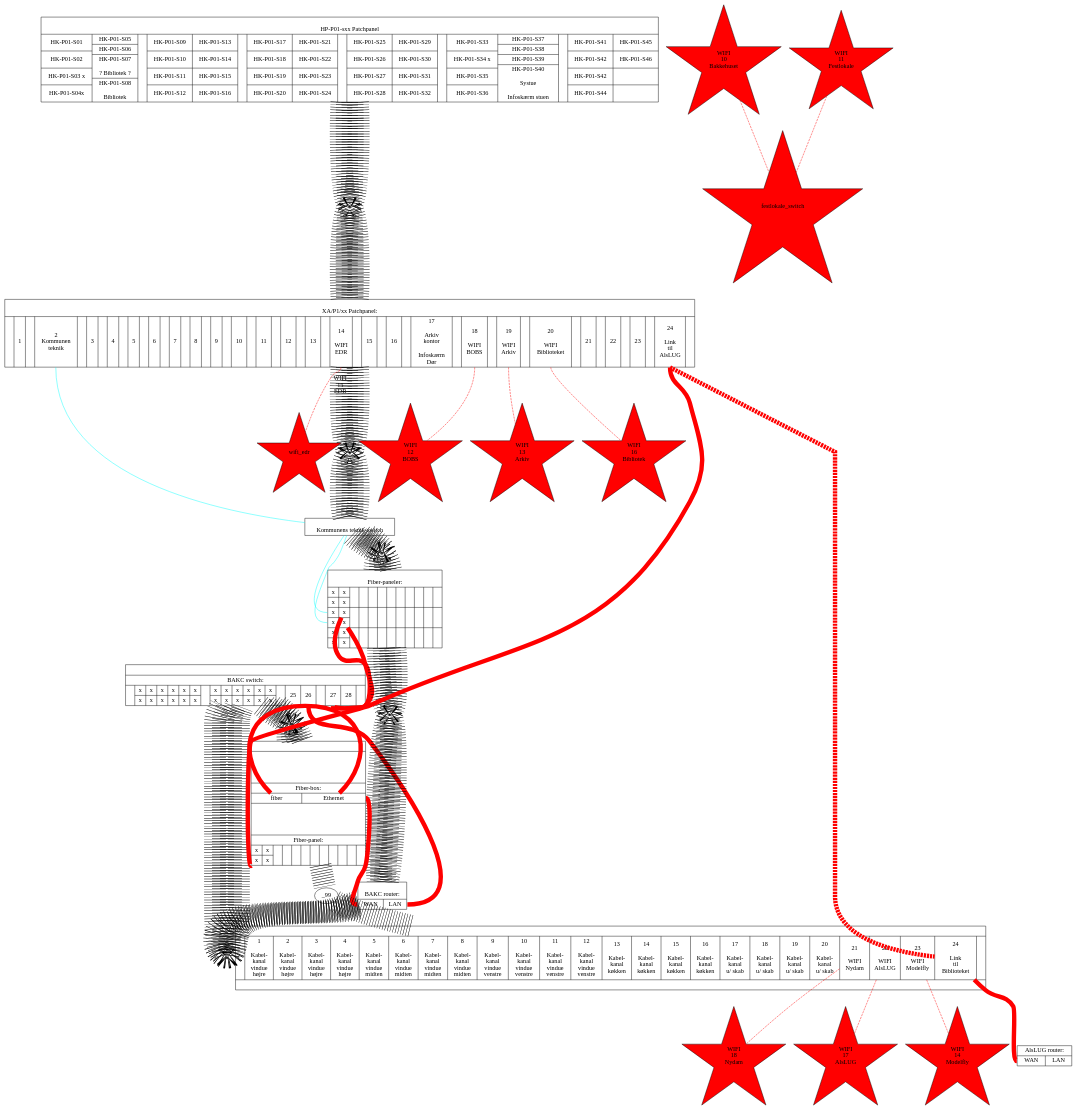
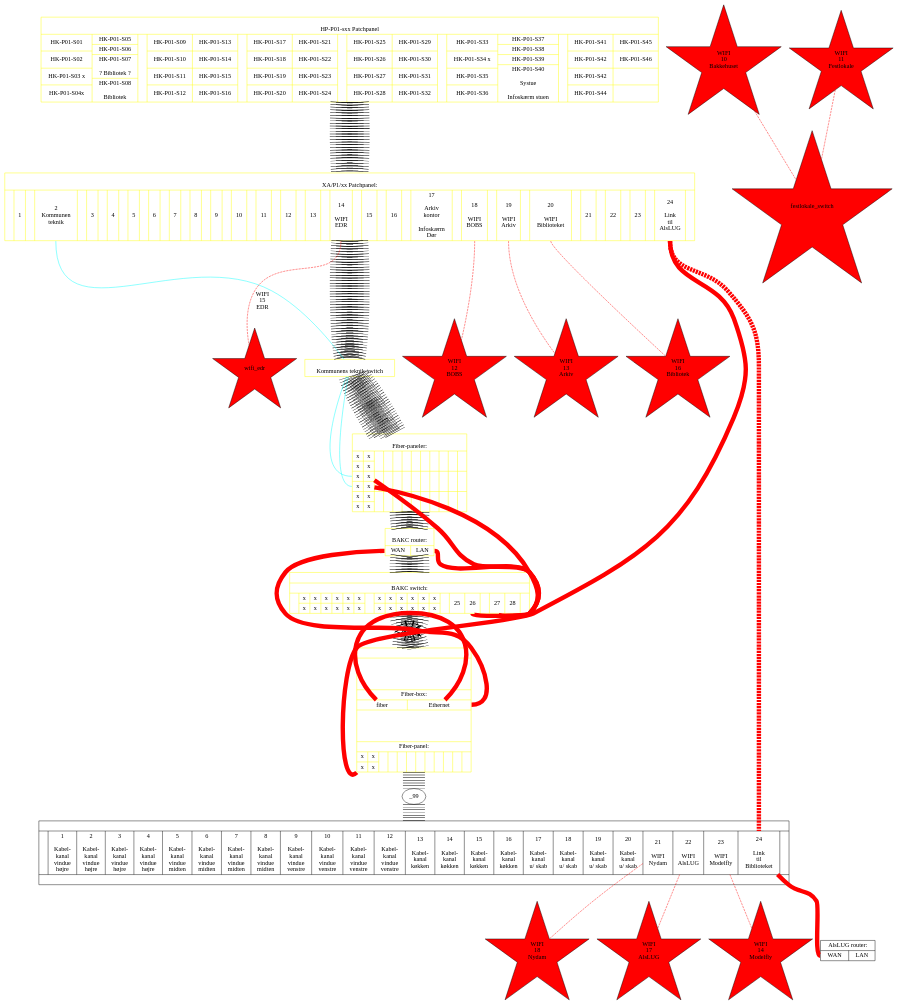
Before and after one commit to alslug/alslug.dk: the diagram in projekter/patch-paneler.dot, drawn with Graphviz.

```diff
--- a/projekter/patch-paneler.dot
+++ b/projekter/patch-paneler.dot
@@ -1,6 +1,7 @@
 digraph xxx {
   edge [ dir=none ];
   {
+    node [ color=yellow ];
     hk_p01 [ shape=record label="{\nHP-P01-sxx Patchpanel|
   					{
 						{
@@ -150,10 +151,10 @@
 					}
 				}" ];
     node [ shape=point ];
-    hk_p01 -> _1 -> xa_p1 -> _2 -> kommunens_teknikswitch -> _3 -> bib_fiberpaneler_1 -> _4 -> bakc_router -> _5 -> bib_switch -> _6 -> bib_skab [ penwidth=50 style=dotted ];
-    hk_p01 -> _1 -> xa_p1 -> _2 -> kommunens_teknikswitch -> _3 -> bib_fiberpaneler_1 -> _4 -> bakc_router -> _5 -> bib_switch -> _6 -> bib_skab [ penwidth=50 style=dotted ];
-    hk_p01 -> _1 -> xa_p1 -> _2 -> kommunens_teknikswitch -> _3 -> bib_fiberpaneler_1 -> _4 -> bakc_router -> _5 -> bib_switch -> _6 -> bib_skab [ penwidth=50 style=dotted ];
-    hk_p01 -> _1 -> xa_p1 -> _2 -> kommunens_teknikswitch -> _3 -> bib_fiberpaneler_1 -> _4 -> bakc_router -> _5 -> bib_switch -> _6 -> bib_skab [ penwidth=50 style=dotted ];
+    hk_p01 -> xa_p1 -> kommunens_teknikswitch -> bib_fiberpaneler_1 -> bakc_router -> bib_switch -> _6 -> bib_skab [ penwidth=50 style=dotted ];
+    hk_p01 -> xa_p1 -> kommunens_teknikswitch -> bib_fiberpaneler_1 -> bakc_router -> bib_switch -> _6 -> bib_skab [ penwidth=50 style=dotted ];
+    hk_p01 -> xa_p1 -> kommunens_teknikswitch -> bib_fiberpaneler_1 -> bakc_router -> bib_switch -> _6 -> bib_skab [ penwidth=50 style=dotted ];
+    hk_p01 -> xa_p1 -> kommunens_teknikswitch -> bib_fiberpaneler_1 -> bakc_router -> bib_switch -> _6 -> bib_skab [ penwidth=50 style=dotted ];
   }
   bib_skab [ shape=record label="{
 					|\n\n\n\n|Fiber-box:|
```
